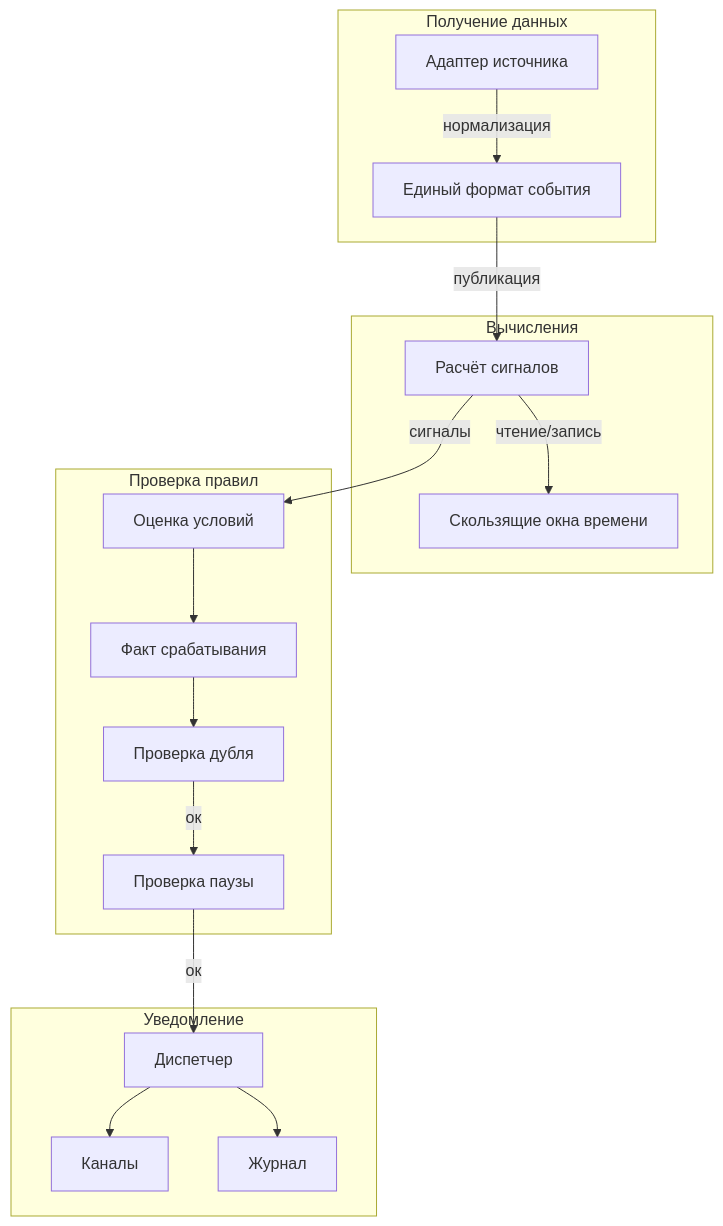
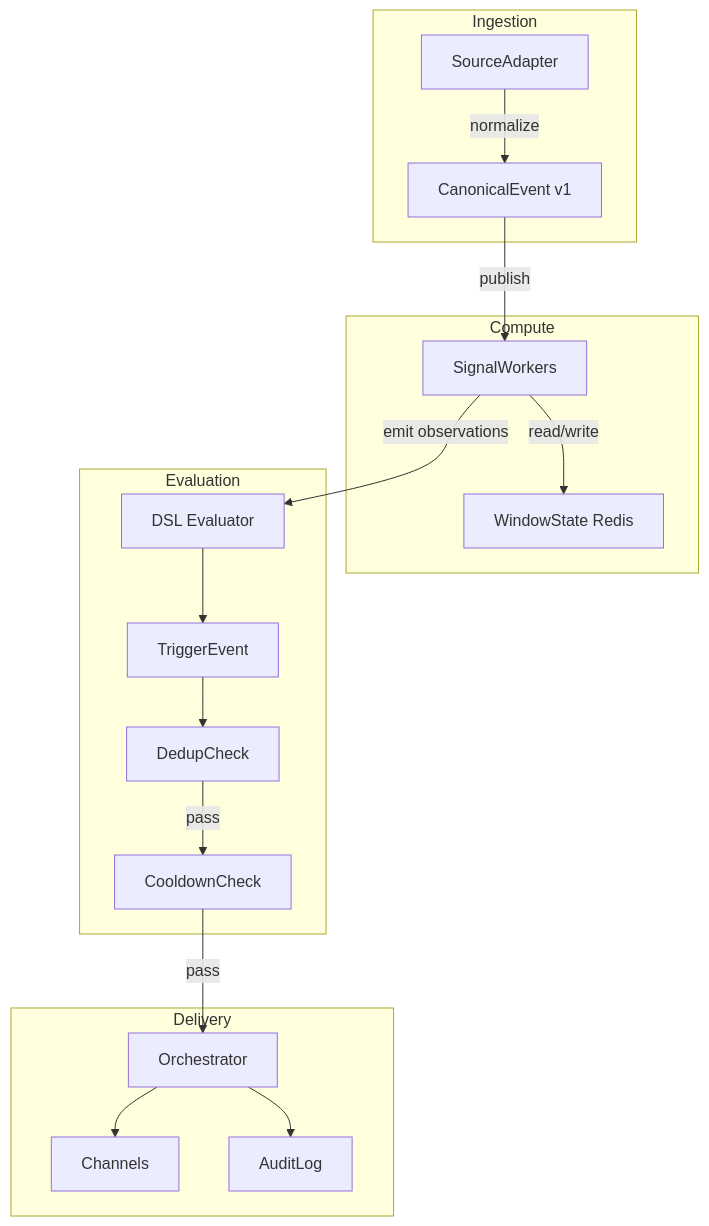
Before and after one commit to MarchenkoRuslan/alarm_system: the second of 7 diagrams in docs/architecture/architecture-deck.md, drawn with Mermaid. The commit also changed other lines of this file, not shown here.

Commit message:
Update architecture documentation with English terminology for clarity and consistency, including changes to data sources, core pipeline, and event structure.

````diff
--- a/docs/architecture/architecture-deck.md
+++ b/docs/architecture/architecture-deck.md
@@ -79,36 +79,36 @@
 ```mermaid
 flowchart TB
-  subgraph ingest [Получение данных]
-    Adapter[Адаптер источника]
-    Canon[Единый формат события]
+  subgraph ingest [Ingestion]
+    Adapter[SourceAdapter]
+    Canon[CanonicalEvent v1]
   end
 
-  subgraph compute [Вычисления]
-    Window[Скользящие окна времени]
-    Signals[Расчёт сигналов]
+  subgraph compute [Compute]
+    Window[WindowState Redis]
+    Signals[SignalWorkers]
   end
 
-  subgraph rules [Проверка правил]
-    DSL[Оценка условий]
-    Trigger[Факт срабатывания]
-    Dedup[Проверка дубля]
-    Cool[Проверка паузы]
+  subgraph rules [Evaluation]
+    DSL[DSL Evaluator]
+    Trigger[TriggerEvent]
+    Dedup[DedupCheck]
+    Cool[CooldownCheck]
   end
 
-  subgraph deliver [Уведомление]
-    Orch[Диспетчер]
-    Chan[Каналы]
-    Audit[Журнал]
+  subgraph deliver [Delivery]
+    Orch[Orchestrator]
+    Chan[Channels]
+    Audit[AuditLog]
   end
 
-  Adapter -->|"нормализация"| Canon
-  Canon -->|"публикация"| Signals
-  Signals -->|"чтение/запись"| Window
-  Signals -->|"сигналы"| DSL
+  Adapter -->|"normalize"| Canon
+  Canon -->|"publish"| Signals
+  Signals -->|"read/write"| Window
+  Signals -->|"emit observations"| DSL
   DSL --> Trigger
   Trigger --> Dedup
-  Dedup -->|"ок"| Cool
-  Cool -->|"ок"| Orch
+  Dedup -->|"pass"| Cool
+  Cool -->|"pass"| Orch
   Orch --> Chan
   Orch --> Audit
 ```
````
